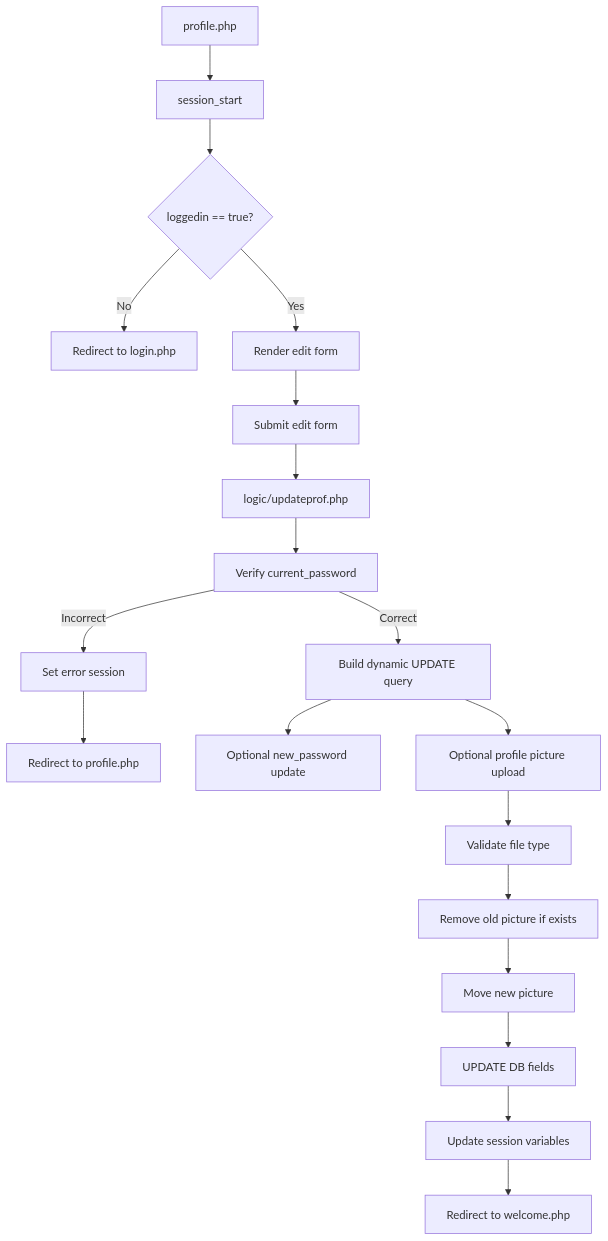
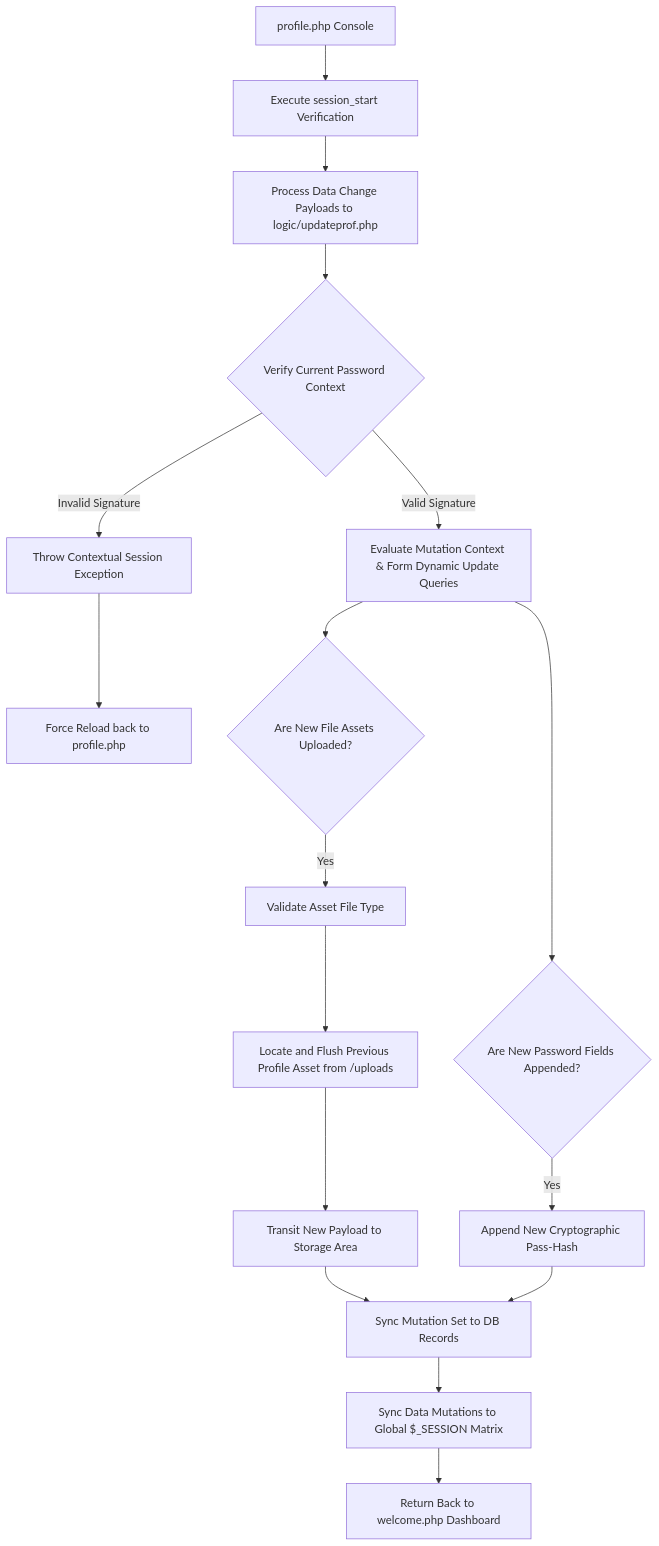
Before and after one commit to Nazonokage/Inubrahan-User-Portal: the fifth of 6 diagrams in readme.md, drawn with Mermaid. The commit also changed other lines of this file, not shown here.

````diff
--- a/readme.md
+++ b/readme.md
@@ -108,24 +121,20 @@
 ```mermaid
 flowchart TD
-  A[profile.php] --> B[session_start]
-  B --> C{loggedin == true?}
-  C -->|No| D[Redirect to login.php]
-  C -->|Yes| E[Render edit form]
+    A[profile.php Console] --> B[Execute session_start Verification]
+    B --> C[Process Data Change Payloads to logic/updateprof.php]
+    C --> D{Verify Current Password Context}
+    D -->|Invalid Signature| E[Throw Contextual Session Exception]
+    E --> F[Force Reload back to profile.php]
+    D -->|Valid Signature| G[Evaluate Mutation Context & Form Dynamic Update Queries]
+    G --> H{Are New Password Fields Appended?}
+    H -->|Yes| I[Append New Cryptographic Pass-Hash]
+    G --> J{Are New File Assets Uploaded?}
+    J -->|Yes| K[Validate Asset File Type]
+    K --> L[Locate and Flush Previous Profile Asset from /uploads]
+    L --> M[Transit New Payload to Storage Area]
+    M --> N[Sync Mutation Set to DB Records]
+    I --> N
+    N --> O[Sync Data Mutations to Global $_SESSION Matrix]
+    O --> P[Return Back to welcome.php Dashboard]
 
-  E --> F[Submit edit form]
-  F --> G[logic/updateprof.php]
-
-  G --> H[Verify current_password]
-  H -->|Incorrect| I[Set error session]
-  I --> J[Redirect to profile.php]
-  H -->|Correct| K[Build dynamic UPDATE query]
-
-  K --> L[Optional new_password update]
-  K --> M[Optional profile picture upload]
-  M --> N[Validate file type]
-  N --> O[Remove old picture if exists]
-  O --> P[Move new picture]
-  P --> Q[UPDATE DB fields]
-  Q --> R[Update session variables]
-  R --> S[Redirect to welcome.php]
 ```
````
